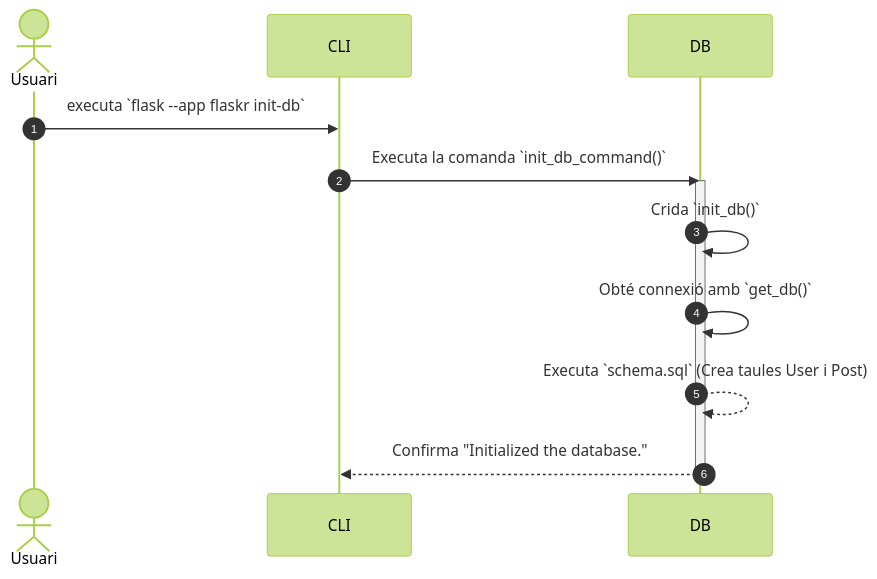
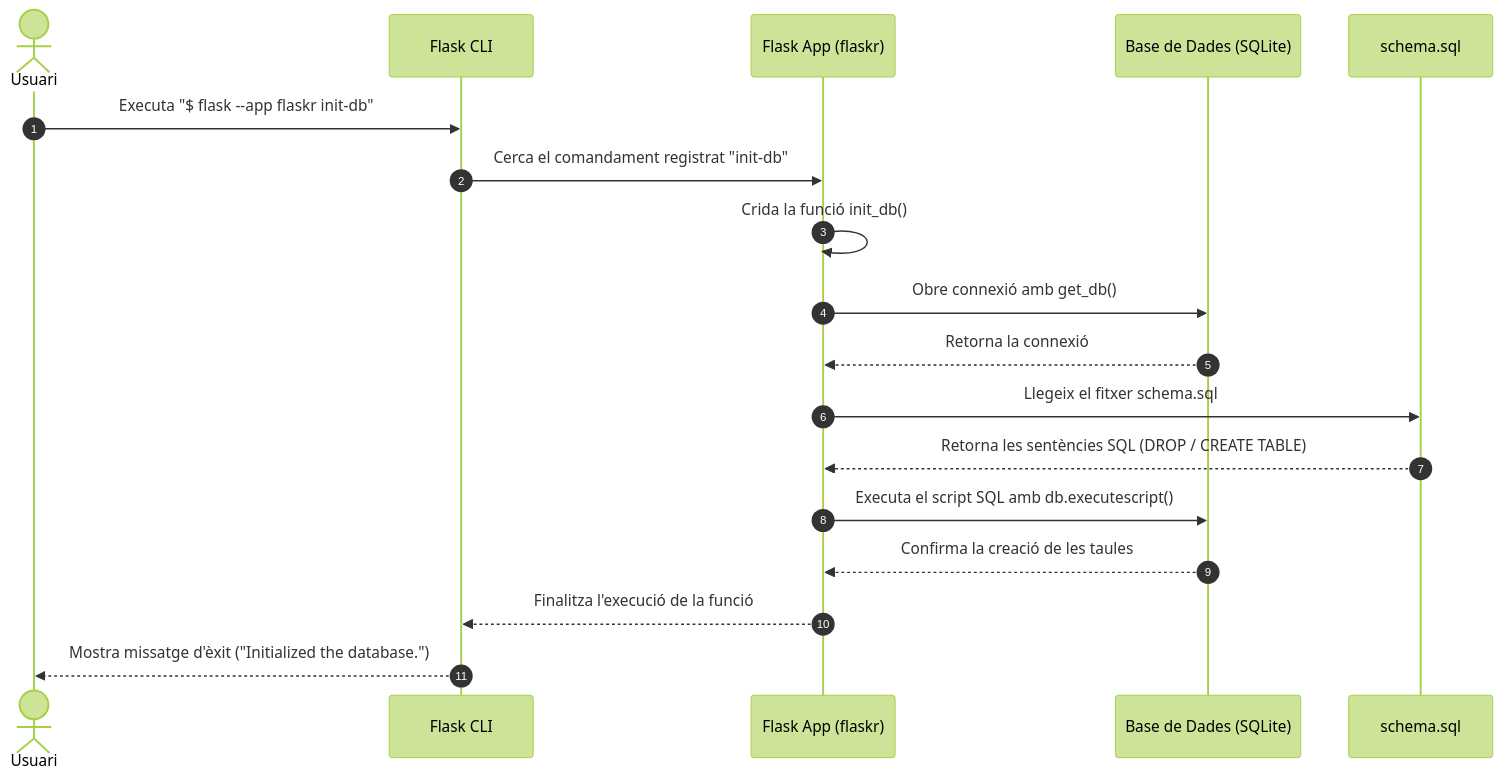
The first of 2 diagrams in doc/diagsequencia.md (valerioc9/BlogFlaskTutorial), drawn with Mermaid (forest theme) before and after one commit. The commit also changed other lines of this file, not shown here.

````diff
--- a/doc/diagsequencia.md
+++ b/doc/diagsequencia.md
@@ -5,16 +4,21 @@
 ```mermaid
 sequenceDiagram
     autonumber
     actor Usuari
-    participant CLI
-    participant DB
+    participant CLI as Flask CLI
+    participant App as Flask App (flaskr)
+    participant DB as Base de Dades (SQLite)
+    participant Schema as schema.sql
 
-    Usuari->>CLI: executa `flask --app flaskr init-db`
-    CLI->>DB: Executa la comanda `init_db_command()`
-    activate DB
-    DB->>DB: Crida `init_db()`
-    DB->>DB: Obté connexió amb `get_db()`
-    DB-->>DB: Executa `schema.sql` (Crea taules User i Post)
-    DB-->>CLI: Confirma "Initialized the database."
-    deactivate DB
+    Usuari->>CLI: Executa "$ flask --app flaskr init-db"
+    CLI->>App: Cerca el comandament registrat "init-db"
+    App->>App: Crida la funció init_db()
+    App->>DB: Obre connexió amb get_db()
+    DB-->>App: Retorna la connexió
+    App->>Schema: Llegeix el fitxer schema.sql
+    Schema-->>App: Retorna les sentències SQL (DROP / CREATE TABLE)
+    App->>DB: Executa el script SQL amb db.executescript()
+    DB-->>App: Confirma la creació de les taules
+    App-->>CLI: Finalitza l'execució de la funció
+    CLI-->>Usuari: Mostra missatge d'èxit ("Initialized the database.")
 ```
````
